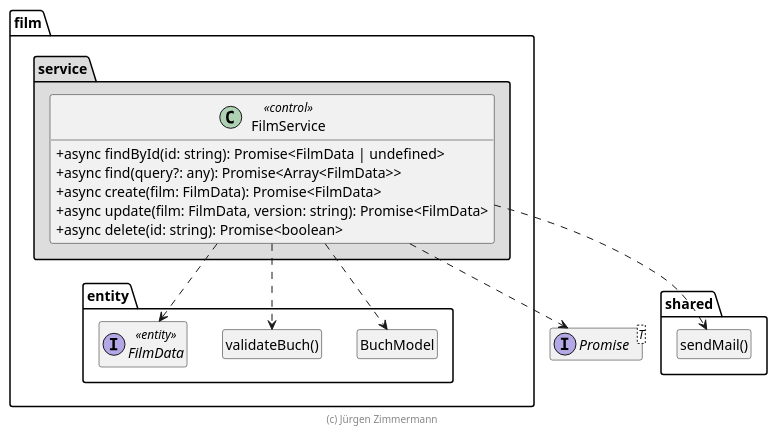
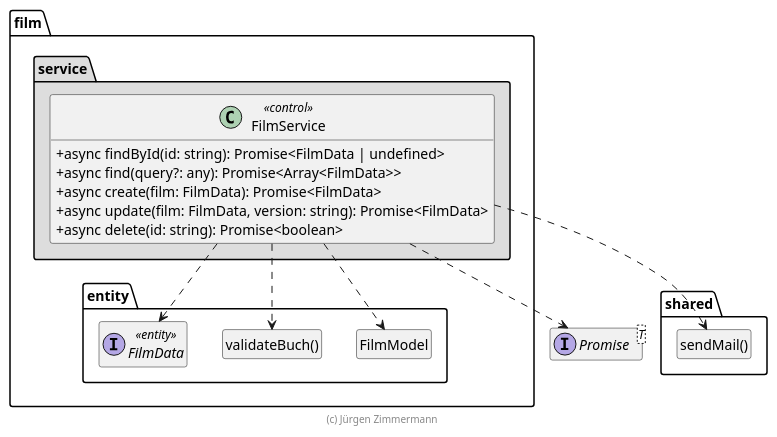
Before and after one commit to marcelmaerdian/SWE_WS2020: the diagram in doc/entwicklerhandbuch/FilmService.puml, drawn with PlantUML. The commit also changed 4 other files, not shown here.

Commit message:
FilmModel bearbeitet

```diff
--- a/doc/entwicklerhandbuch/FilmService.puml
+++ b/doc/entwicklerhandbuch/FilmService.puml
@@ -15,46 +15,46 @@
 @startuml Anwendungskern
 
 !pragma useNewPackage
 skinparam classAttributeIconSize 0
 skinparam componentStyle uml2
 
 interface Promise<T>
 
 package shared {
   class "sendMail()" as sendMail
   hide sendMail circle
 }
 
 package film {
   package entity {
-    class BuchModel
-    hide BuchModel circle
+    class FilmModel
+    hide FilmModel circle
 
     class "validateBuch()" as validateBuch
     hide validateBuch circle
 
     interface FilmData <<entity>>
   }
 
   package service #DDDDDD {
     FilmService ..> Promise
-    FilmService ..> BuchModel
+    FilmService ..> FilmModel
     FilmService ..> FilmData
     FilmService ..> validateBuch
     FilmService ..> sendMail
 
     class FilmService << control >> {
       + async findById(id: string): Promise<FilmData | undefined>
       + async find(query?: any): Promise<Array<FilmData>>
       + async create(film: FilmData): Promise<FilmData>
       + async update(film: FilmData, version: string): Promise<FilmData>
       + async delete(id: string): Promise<boolean>
     }
   }
 }
 
 hide empty members
 
 footer (c) Jürgen Zimmermann
 
 @enduml
```
